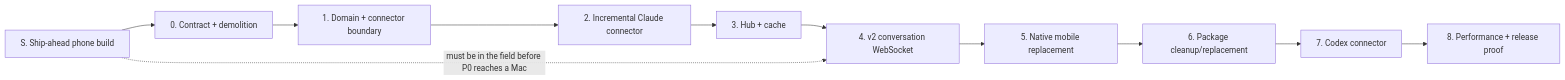
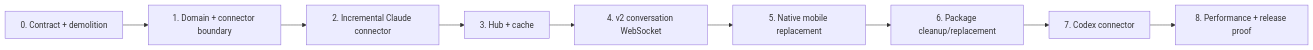
One commit to jchaselubitz/Latch changed the first of 2 diagrams in planning/CONVERSATION_IMPLEMENTATION_PLAN.md. Above: the diagram before and after it, drawn with Mermaid. The commit also changed other lines of this file and 155 other files, not shown here.

Commit message:
Update version to 0.2608210522.0 in Cargo.lock, Cargo.toml, and README.md; enhance LatchMobile with v2 Conversation Hub integration, including improved conversation handling, updated schemas, and removal of legacy event structures for a streamlined user experience.

````diff
--- a/planning/CONVERSATION_IMPLEMENTATION_PLAN.md
+++ b/planning/CONVERSATION_IMPLEMENTATION_PLAN.md
@@ -106,16 +105,14 @@
 ```mermaid
 flowchart LR
-    PS["S. Ship-ahead phone build"]
     P0["0. Contract + demolition"]
     P1["1. Domain + connector boundary"]
     P2["2. Incremental Claude connector"]
     P3["3. Hub + cache"]
     P4["4. v2 conversation WebSocket"]
     P5["5. Native mobile replacement"]
     P6["6. Package cleanup/replacement"]
     P7["7. Codex connector"]
     P8["8. Performance + release proof"]
 
-    PS --> P0 --> P1 --> P2 --> P3 --> P4 --> P5 --> P6 --> P7 --> P8
-    PS -. "must be in the field before P0 reaches a Mac" .-> P4
+    P0 --> P1 --> P2 --> P3 --> P4 --> P5 --> P6 --> P7 --> P8
 ```
````
